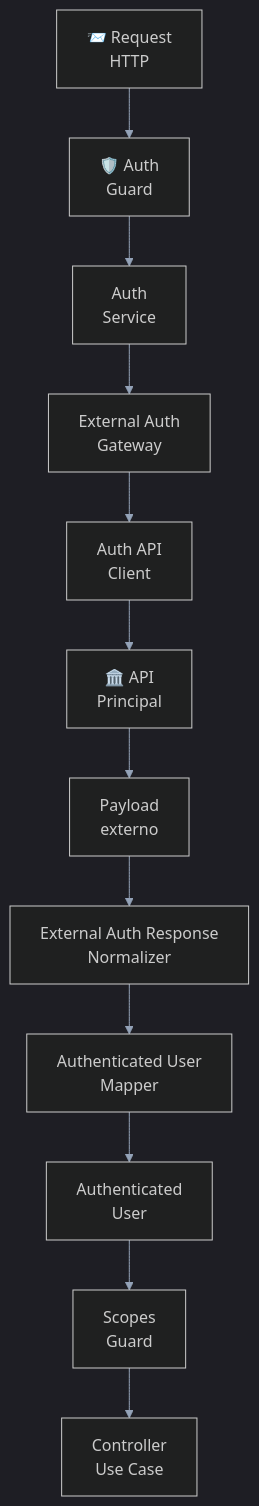
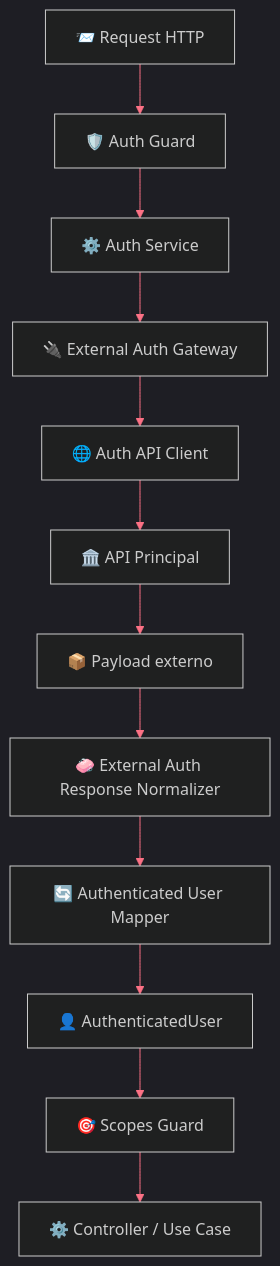
Before and after one commit to matheusdiamantino-betalent/IA: the eighth of 9 diagrams in RFC-0001-Auth.md, drawn with Mermaid. The commit also changed other lines of this file, not shown here.

````diff
--- a/RFC-0001-Auth.md
+++ b/RFC-0001-Auth.md
@@ -731,23 +801,27 @@
 ```mermaid
 %%{init: {'theme':'dark','themeVariables': {
-  'primaryColor':'#111827',
-  'primaryTextColor':'#e5e7eb',
-  'primaryBorderColor':'#ef4444',
-  'lineColor':'#94a3b8',
-  'secondaryColor':'#0f172a',
-  'tertiaryColor':'#1f2937',
-  'fontFamily':'Inter, Segoe UI, Arial'
+  'background':'#020617',
+  'primaryColor':'#0f172a',
+  'primaryTextColor':'#e2e8f0',
+  'primaryBorderColor':'#f43f5e',
+  'lineColor':'#fb7185',
+  'secondaryColor':'#111827',
+  'tertiaryColor':'#1e293b',
+  'clusterBkg':'#0b1120',
+  'clusterBorder':'#e11d48',
+  'fontFamily':'Inter, Segoe UI, Arial',
+  'fontSize':'16px'
 }}}%%
 flowchart TD
-    A["📨 Request\nHTTP"] --> B["🛡️ Auth\nGuard"]
-    B --> C["Auth\nService"]
-    C --> D["External Auth\nGateway"]
-    D --> E["Auth API\nClient"]
-    E --> F["🏛️ API\nPrincipal"]
-    F --> G["Payload\nexterno"]
-    G --> H["External Auth Response\nNormalizer"]
-    H --> I["Authenticated User\nMapper"]
-    I --> J["Authenticated\nUser"]
-    J --> K["Scopes\nGuard"]
-    K --> L["Controller\nUse Case"]
+    A["📨 Request HTTP"] --> B["🛡️ Auth Guard"]
+    B --> C["⚙️ Auth Service"]
+    C --> D["🔌 External Auth Gateway"]
+    D --> E["🌐 Auth API Client"]
+    E --> F["🏛️ API Principal"]
+    F --> G["📦 Payload externo"]
+    G --> H["🧼 External Auth Response Normalizer"]
+    H --> I["🔄 Authenticated User Mapper"]
+    I --> J["👤 AuthenticatedUser"]
+    J --> K["🎯 Scopes Guard"]
+    K --> L["⚙️ Controller / Use Case"]
 ```
````
